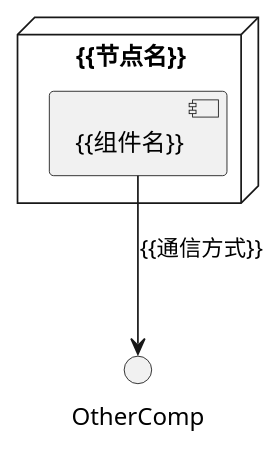
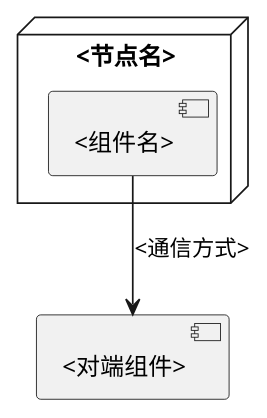
Before and after one commit to lechao365/AndroidSystemEnhance: the fourth of 5 diagrams in engineering/harness/templates/module-readme-template.md, drawn with PlantUML. The commit also changed other lines of this file and 78 other files, not shown here.

````diff
--- a/engineering/harness/templates/module-readme-template.md
+++ b/engineering/harness/templates/module-readme-template.md
@@ -105,13 +105,15 @@
 ```plantuml
 @startuml
 skinparam nodeStyle rectangle
 
-node "{{节点名}}" {
-    component "{{组件名}}" as Comp
+node "<节点名>" {
+    component "<组件名>" as Comp
 }
+
+component "<对端组件>" as OtherComp
 
 ' TODO: 补充其他节点和组件
 
-Comp --> OtherComp : {{通信方式}}
+Comp --> OtherComp : <通信方式>
 @enduml
 ```
````
